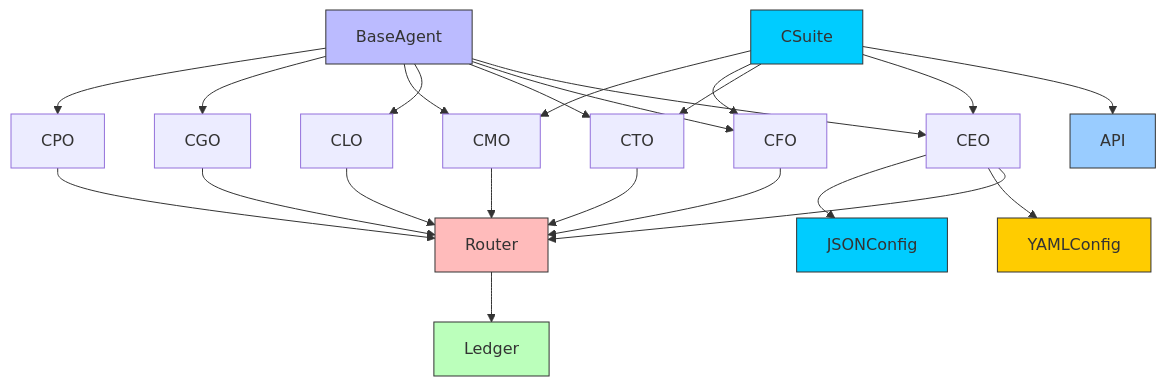
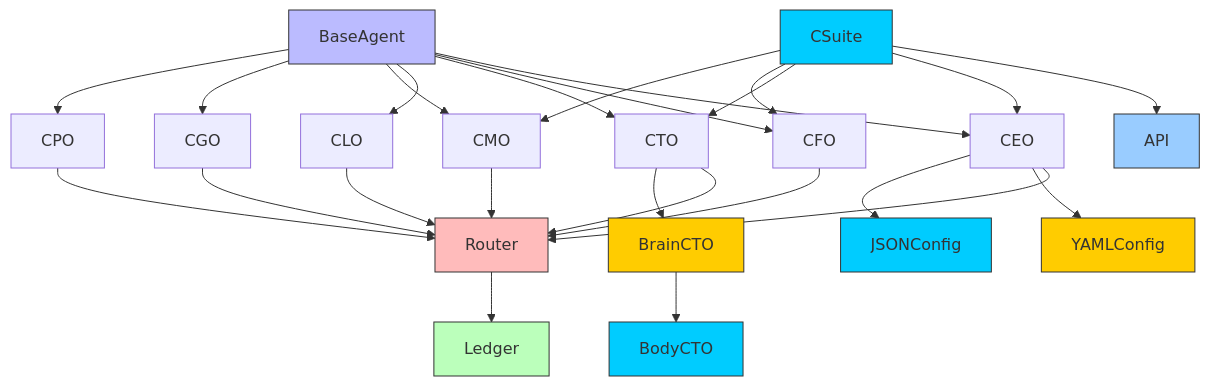
The sixth of 6 diagrams in .qoder/repowiki/en/content/Agent Ecosystem/C-Suite Agents/C-Suite Agents.md (371-Minds/os), drawn with Mermaid before and after one commit. The commit also changed other lines of this file and 10 other files, not shown here.

````diff
--- a/.qoder/repowiki/en/content/Agent Ecosystem/C-Suite Agents/C-Suite Agents.md
+++ b/.qoder/repowiki/en/content/Agent Ecosystem/C-Suite Agents/C-Suite Agents.md
@@ -376,32 +408,36 @@
 ```mermaid
 graph TD
 BaseAgent --> CEO
 BaseAgent --> CFO
 BaseAgent --> CTO
 BaseAgent --> CLO
 BaseAgent --> CMO
 BaseAgent --> CGO
 BaseAgent --> CPO
 CEO --> Router
 CFO --> Router
 CTO --> Router
 CLO --> Router
 CMO --> Router
 CGO --> Router
 CPO --> Router
 Router --> Ledger
 CEO --> YAMLConfig
 CEO --> JSONConfig
 CSuite --> API
 CSuite --> CEO
 CSuite --> CTO
 CSuite --> CFO
 CSuite --> CMO
+CTO --> BrainCTO
+BrainCTO --> BodyCTO
 style BaseAgent fill:#bbf,stroke:#333
 style Router fill:#fbb,stroke:#333
 style Ledger fill:#bfb,stroke:#333
 style YAMLConfig fill:#ffcc00,stroke:#333
 style JSONConfig fill:#00ccff,stroke:#333
 style CSuite fill:#00ccff,stroke:#333
 style API fill:#99ccff,stroke:#333
+style BrainCTO fill:#ffcc00,stroke:#333
+style BodyCTO fill:#00ccff,stroke:#333
 ```
````
